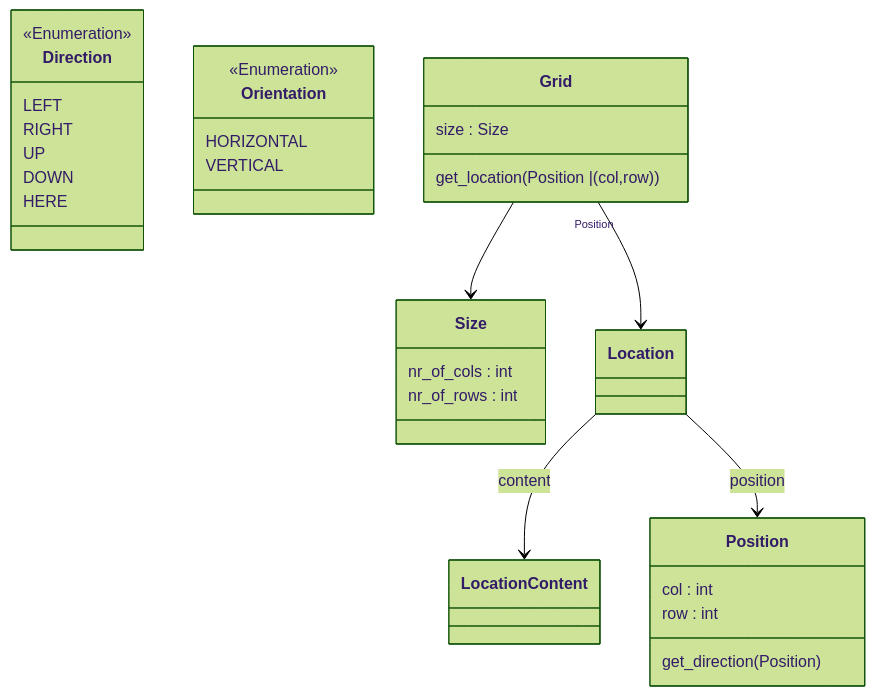
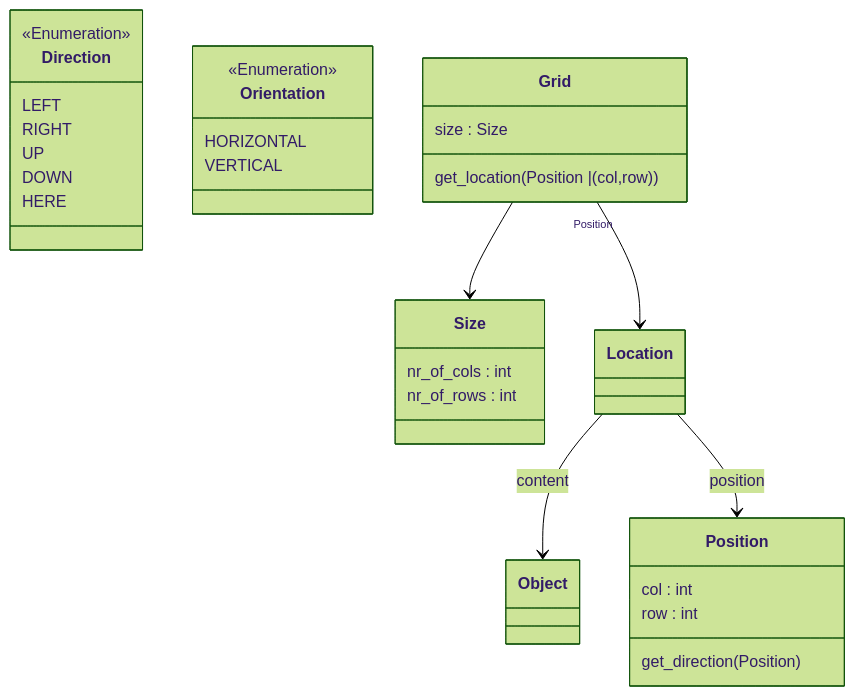
The second of 5 diagrams in hello_maze/readme.md (fvbakel/brilliant), drawn with Mermaid (forest theme) before and after one commit. The commit also changed other lines of this file and 4 other files, not shown here.

````diff
--- a/hello_maze/readme.md
+++ b/hello_maze/readme.md
@@ -18,47 +18,47 @@
 ```mermaid
   classDiagram
 
     class Position {
         col : int
         row : int
         get_direction(Position)
     }
     class Size {
         nr_of_cols : int
         nr_of_rows : int
     }
 
     class Direction {
         <<Enumeration>>
         LEFT
         RIGHT
         UP
         DOWN
         HERE
     }
 
     class Orientation {
         <<Enumeration>>
         HORIZONTAL
         VERTICAL
     }
 
     class Location {
         
     }
-    class LocationContent {
+    class Object {
         
     }
-    Location --> LocationContent : content
+    Location --> Object : content
     Location --> Position : position
     
     Grid "Position" -->  Location
     Grid --> Size
 
     class Grid {
         size : Size
         get_location(Position | (col,row))
     }
 
 
 ```
````
